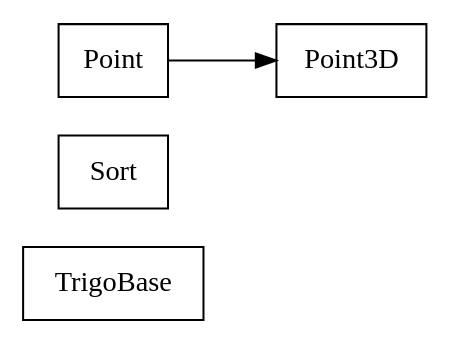
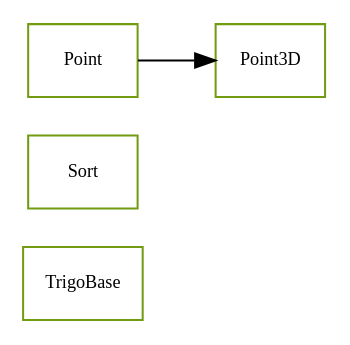
One commit to sekati/sasapi changed the diagram in docs/com/sekati/geom/classes.dot. Above: the diagram before and after it, drawn with Graphviz. The commit also changed 125 other files, not shown here.

```diff
--- a/docs/com/sekati/geom/classes.dot
+++ b/docs/com/sekati/geom/classes.dot
@@ -1,28 +1,40 @@
 strict digraph class_diagram {
   rankdir=LR;
   TypeTrigoBase[
     label="TrigoBase",
     URL="TrigoBase.html",
     tooltip="com.sekati.geom.TrigoBase",
+    fontname="Verdana",
+    fontsize="9"
+    color="#729b12"
     shape="record"
   ];
   TypeSort[
     label="Sort",
     URL="Sort.html",
     tooltip="com.sekati.geom.Sort",
+    fontname="Verdana",
+    fontsize="9"
+    color="#729b12"
     shape="record"
   ];
   TypePoint3D[
     label="Point3D",
     URL="Point3D.html",
     tooltip="com.sekati.geom.Point3D",
+    fontname="Verdana",
+    fontsize="9"
+    color="#729b12"
     shape="record"
   ];
   TypePoint[
     label="Point",
     URL="Point.html",
     tooltip="com.sekati.geom.Point",
+    fontname="Verdana",
+    fontsize="9"
+    color="#729b12"
     shape="record"
   ];
   TypePoint -> TypePoint3D;
 }
```
